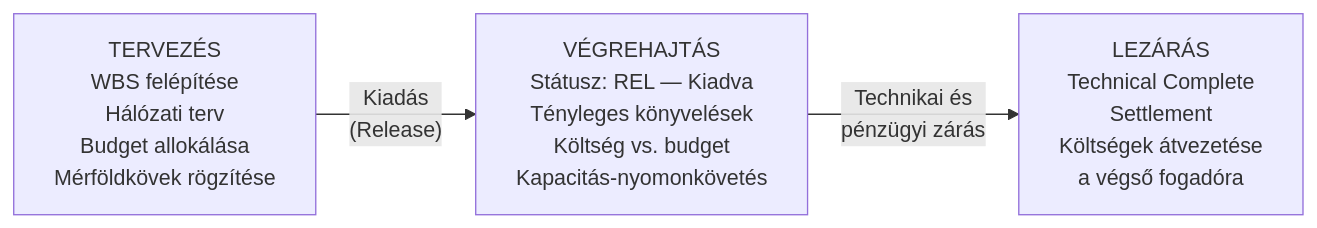
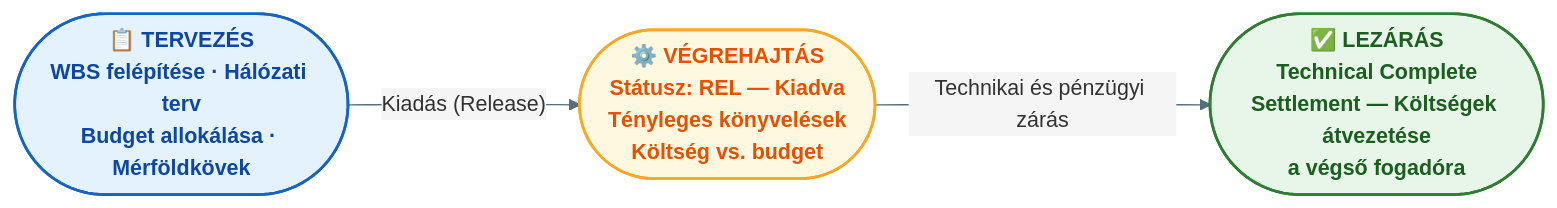
One commit to denespocsik/MM_BSC_Zarovizsga changed the second of 4 diagrams in Tételek/V15-GMXIV2MBLF-ERP projektmenedzsment és üzemeltetés.tétel.md. Above: the diagram before and after it, drawn with Mermaid. The commit also changed other lines of this file and 4 other files, not shown here.

First line of the commit message:
docs(záróvizsga): modernize Mermaid diagrams in V11–V15, enrich GMXIV2MBLF content

````diff
--- a/Tételek/V15-GMXIV2MBLF-ERP projektmenedzsment és üzemeltetés.tétel.md
+++ b/Tételek/V15-GMXIV2MBLF-ERP projektmenedzsment és üzemeltetés.tétel.md
@@ -82,9 +87,14 @@
 ```mermaid
+%%{init: {'theme': 'base', 'themeVariables': {'primaryColor': '#FFF', 'lineColor': '#546E7A', 'edgeLabelBackground': '#F5F5F5'}}}%%
 flowchart LR
-    T["TERVEZÉS\nWBS felépítése\nHálózati terv\nBudget allokálása\nMérföldkövek rögzítése"]
-    V["VÉGREHAJTÁS\nStátusz: REL — Kiadva\nTényleges könyvelések\nKöltség vs. budget\nKapacitás-nyomonkövetés"]
-    L["LEZÁRÁS\nTechnical Complete\nSettlement\nKöltségek átvezetése\na végső fogadóra"]
+    classDef plan  fill:#E3F2FD,stroke:#1565C0,stroke-width:2px,color:#0D47A1,font-weight:bold
+    classDef exec  fill:#FFF8E1,stroke:#F9A825,stroke-width:2px,color:#E65100,font-weight:bold
+    classDef close fill:#E8F5E9,stroke:#2E7D32,stroke-width:2px,color:#1B5E20,font-weight:bold
 
-    T -->|"Kiadás\n(Release)"| V
-    V -->|"Technikai és\npénzügyi zárás"| L
+    T(["📋 TERVEZÉS\nWBS felépítése · Hálózati terv\nBudget allokálása · Mérföldkövek"]):::plan
+    V(["⚙️ VÉGREHAJTÁS\nStátusz: REL — Kiadva\nTényleges könyvelések\nKöltség vs. budget"]):::exec
+    L(["✅ LEZÁRÁS\nTechnical Complete\nSettlement — Költségek átvezetése\na végső fogadóra"]):::close
+
+    T -->|"Kiadás (Release)"| V
+    V -->|"Technikai és pénzügyi zárás"| L
 ```
````
